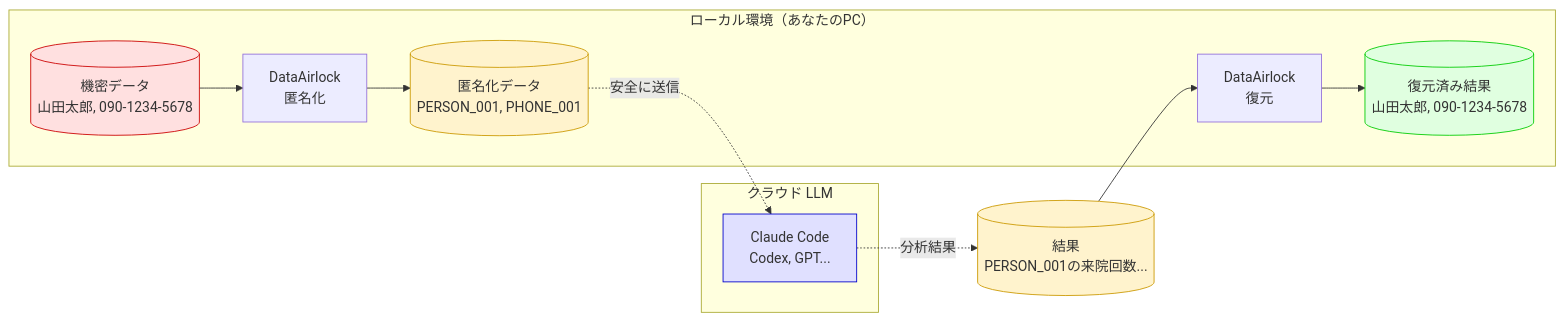
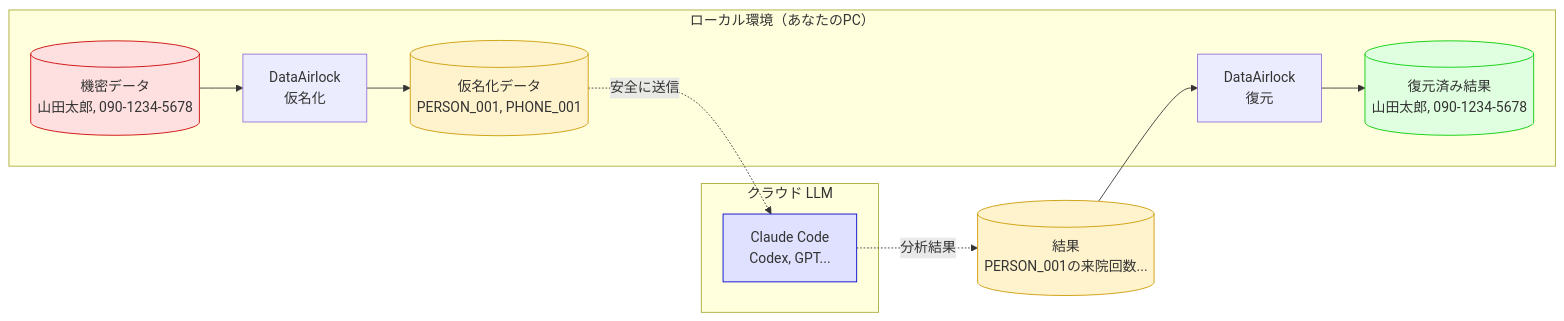
One commit to akira0907/dataairlock changed the diagram in README.md. Above: the diagram before and after it, drawn with Mermaid. The commit also changed other lines of this file and 1 other file, not shown here.

````diff
--- a/README.md
+++ b/README.md
@@ -29,22 +43,22 @@
 ```mermaid
 flowchart LR
     subgraph Local["ローカル環境（あなたのPC）"]
-        A[("機密データ<br/>山田太郎, 090-1234-5678")] --> B["DataAirlock<br/>匿名化"]
-        B --> C[("匿名化データ<br/>PERSON_001, PHONE_001")]
+        A[("機密データ<br/>山田太郎, 090-1234-5678")] --> B["DataAirlock<br/>仮名化"]
+        B --> C[("仮名化データ<br/>PERSON_001, PHONE_001")]
         F["DataAirlock<br/>復元"] --> G[("復元済み結果<br/>山田太郎, 090-1234-5678")]
     end
 
     subgraph Cloud["クラウド LLM"]
         D["Claude Code<br/>Codex, GPT..."]
     end
 
     C -.->|"安全に送信"| D
     D -.->|"分析結果"| E[("結果<br/>PERSON_001の来院回数...")]
     E --> F
 
     style A fill:#ffe0e0,stroke:#cc0000
     style G fill:#e0ffe0,stroke:#00cc00
     style C fill:#fff3cd,stroke:#cc9900
     style E fill:#fff3cd,stroke:#cc9900
     style D fill:#e0e0ff,stroke:#0000cc
 ```
````
